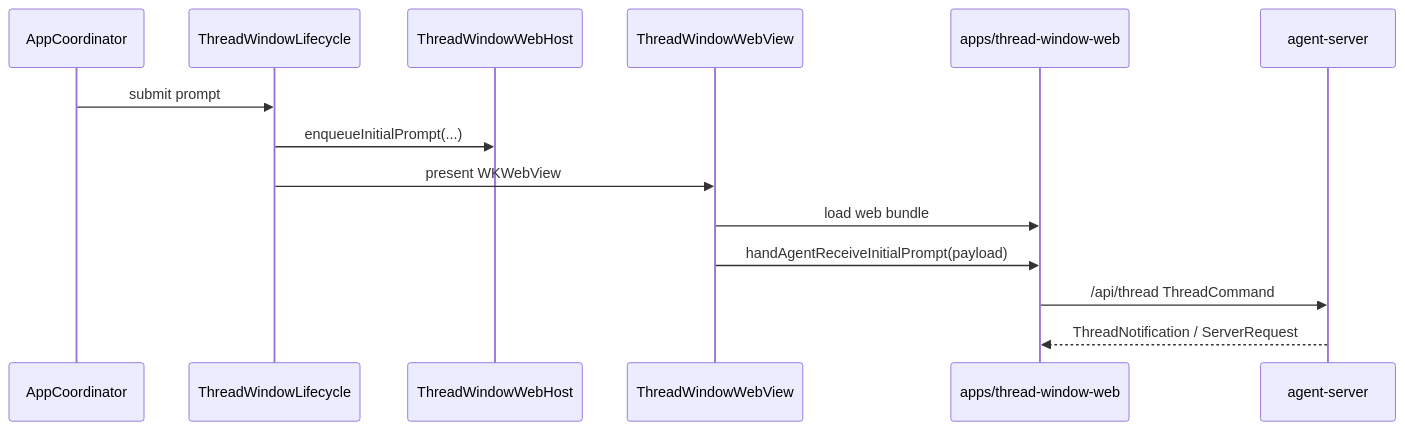
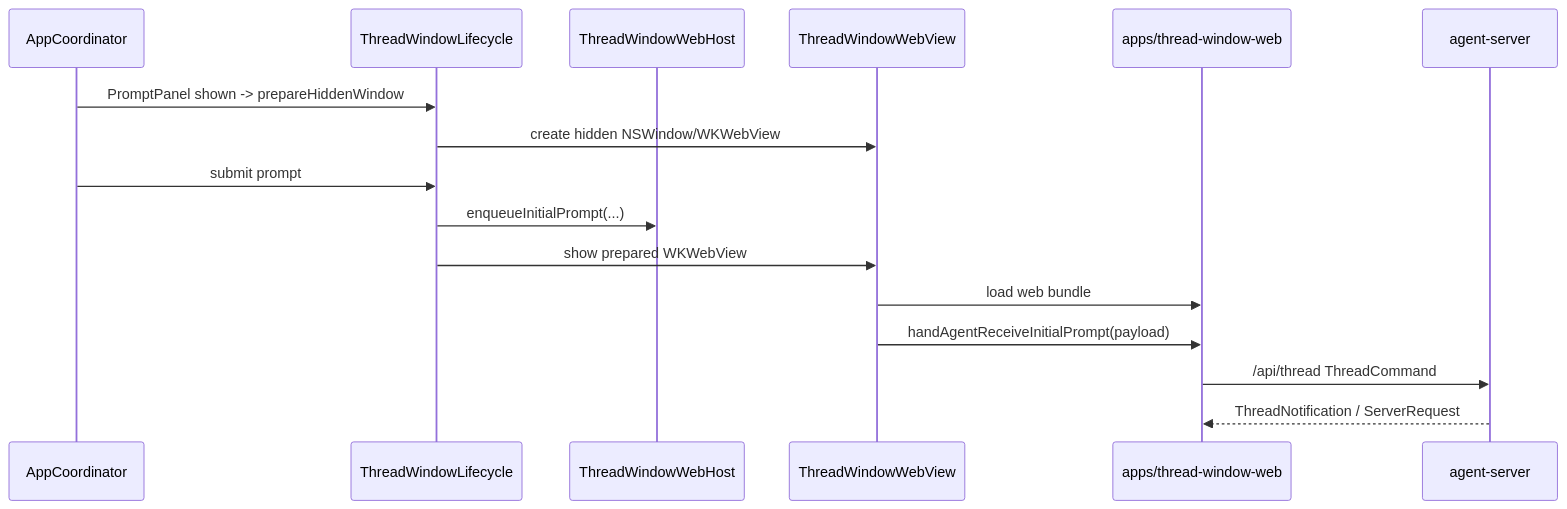
Before and after one commit to Lixuhang987/SpotAgent: the diagram in apps/desktop/Sources/ThreadWindow/thread-window.md, drawn with Mermaid. The commit also changed other lines of this file and 11 other files, not shown here.

````diff
--- a/apps/desktop/Sources/ThreadWindow/thread-window.md
+++ b/apps/desktop/Sources/ThreadWindow/thread-window.md
@@ -15,17 +15,19 @@
 ```mermaid
 sequenceDiagram
   participant Coord as AppCoordinator
   participant Life as ThreadWindowLifecycle
   participant Host as ThreadWindowWebHost
   participant View as ThreadWindowWebView
   participant React as apps/thread-window-web
   participant Server as agent-server
 
+  Coord->>Life: PromptPanel shown -> prepareHiddenWindow
+  Life->>View: create hidden NSWindow/WKWebView
   Coord->>Life: submit prompt
   Life->>Host: enqueueInitialPrompt(...)
-  Life->>View: present WKWebView
+  Life->>View: show prepared WKWebView
   View->>React: load web bundle
   View->>React: handAgentReceiveInitialPrompt(payload)
   React->>Server: /api/thread ThreadCommand
   Server-->>React: ThreadNotification / ServerRequest
 ```
````
